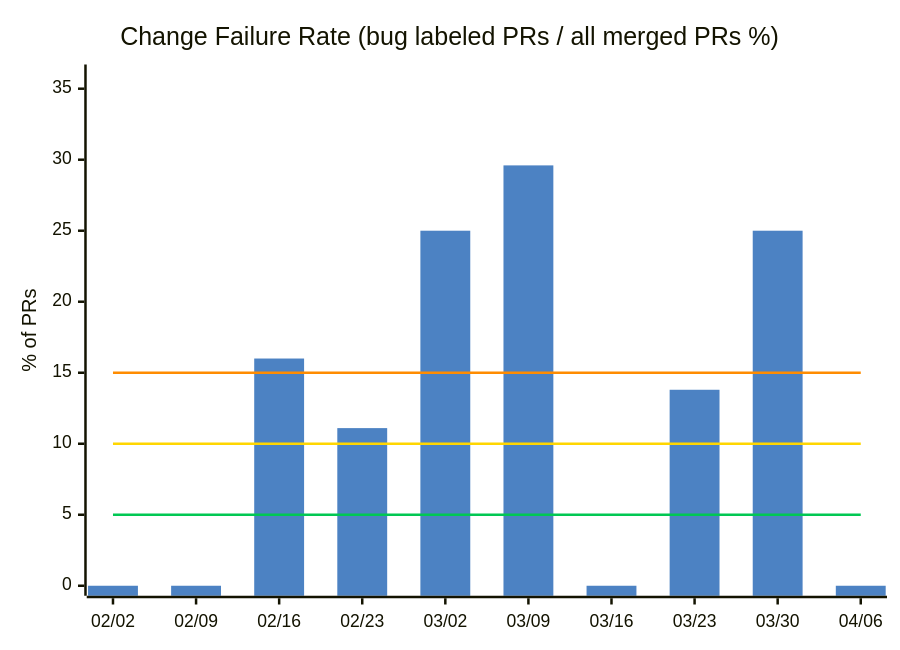
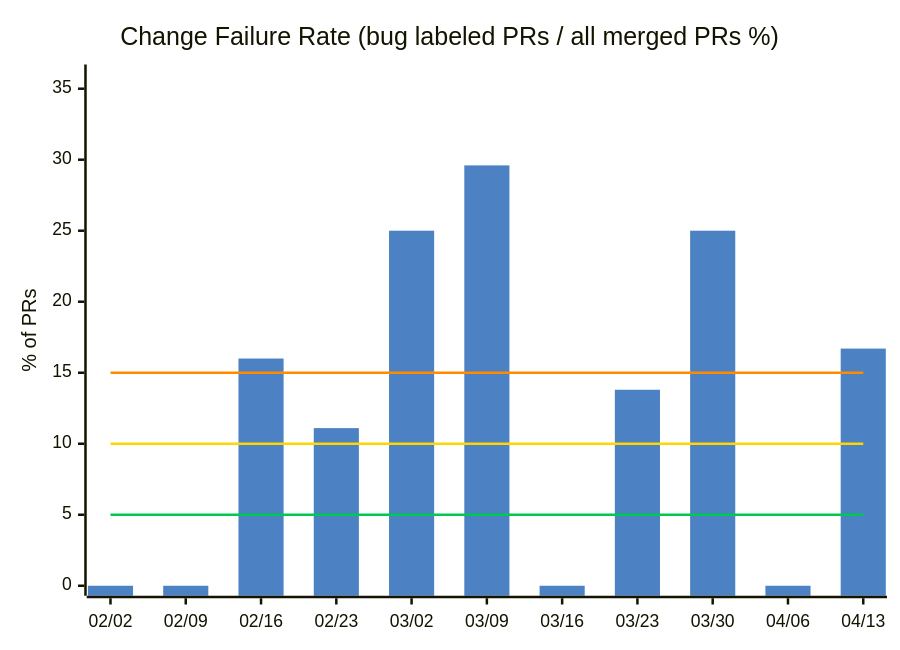
One commit to nablarch/nabledge-dev changed the third of 14 diagrams in docs/metrics.md. Above: the diagram before and after it, drawn with Mermaid. The commit also changed other lines of this file and 2 other files, not shown here.

````diff
--- a/docs/metrics.md
+++ b/docs/metrics.md
@@ -61,11 +61,11 @@
 ```mermaid
 %%{init: {'theme': 'base', 'themeVariables': {'xyChart': {'plotColorPalette': '#4C82C3,#00C853,#FFD600,#FF8C00'}}}}%%
 xychart-beta
   title "Change Failure Rate (bug labeled PRs / all merged PRs %)"
-  x-axis ["02/02", "02/09", "02/16", "02/23", "03/02", "03/09", "03/16", "03/23", "03/30", "04/06"]
+  x-axis ["02/02", "02/09", "02/16", "02/23", "03/02", "03/09", "03/16", "03/23", "03/30", "04/06", "04/13"]
   y-axis "% of PRs" 0 --> 36
-  bar [0, 0, 16, 11.1, 25, 29.6, 0, 13.8, 25, 0]
-  line [5, 5, 5, 5, 5, 5, 5, 5, 5, 5]
-  line [10, 10, 10, 10, 10, 10, 10, 10, 10, 10]
-  line [15, 15, 15, 15, 15, 15, 15, 15, 15, 15]
+  bar [0, 0, 16, 11.1, 25, 29.6, 0, 13.8, 25, 0, 16.7]
+  line [5, 5, 5, 5, 5, 5, 5, 5, 5, 5, 5]
+  line [10, 10, 10, 10, 10, 10, 10, 10, 10, 10, 10]
+  line [15, 15, 15, 15, 15, 15, 15, 15, 15, 15, 15]
 ```
````
